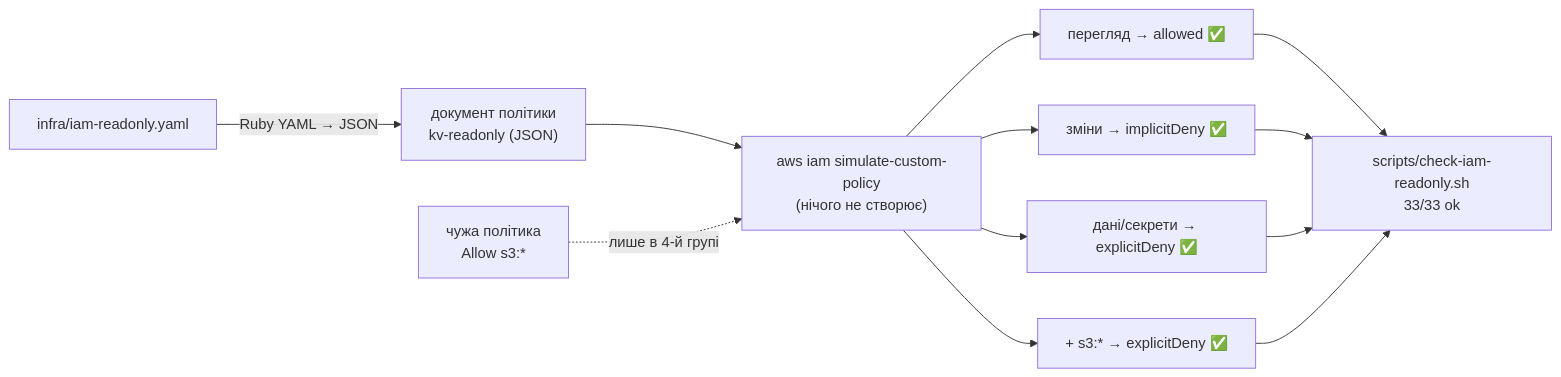
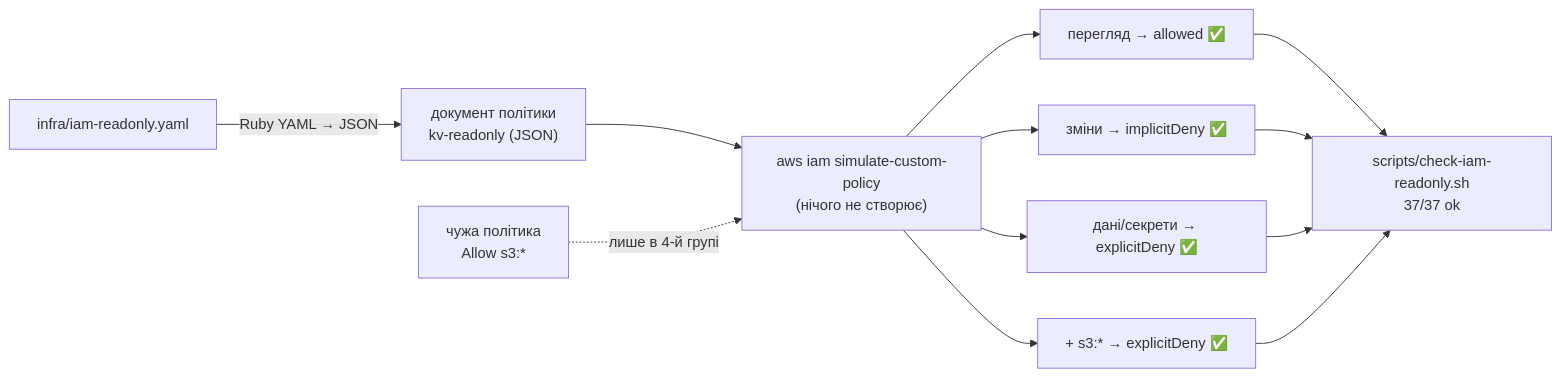
Before and after one commit to olesia-mykhailyshyn/kv-store: diagram 14 of 14 in docs/m1/architecture-uk.md, drawn with Mermaid. The commit also changed other lines of this file and 16 other files, not shown here.

````diff
--- a/docs/m1/architecture-uk.md
+++ b/docs/m1/architecture-uk.md
@@ -383,11 +383,11 @@
 ```mermaid
 flowchart LR
     yaml["infra/iam-readonly.yaml"] -->|"Ruby YAML → JSON"| json["документ політики<br/>kv-readonly (JSON)"]
     json --> sim["aws iam simulate-custom-policy<br/>(нічого не створює)"]
     broad["чужа політика<br/>Allow s3:*"] -.->|"лише в 4-й групі"| sim
     sim --> g1["перегляд → allowed ✅"]
     sim --> g2["зміни → implicitDeny ✅"]
     sim --> g3["дані/секрети → explicitDeny ✅"]
     sim --> g4["+ s3:* → explicitDeny ✅"]
-    g1 & g2 & g3 & g4 --> res["scripts/check-iam-readonly.sh<br/>33/33 ok"]
+    g1 & g2 & g3 & g4 --> res["scripts/check-iam-readonly.sh<br/>37/37 ok"]
 ```
````
